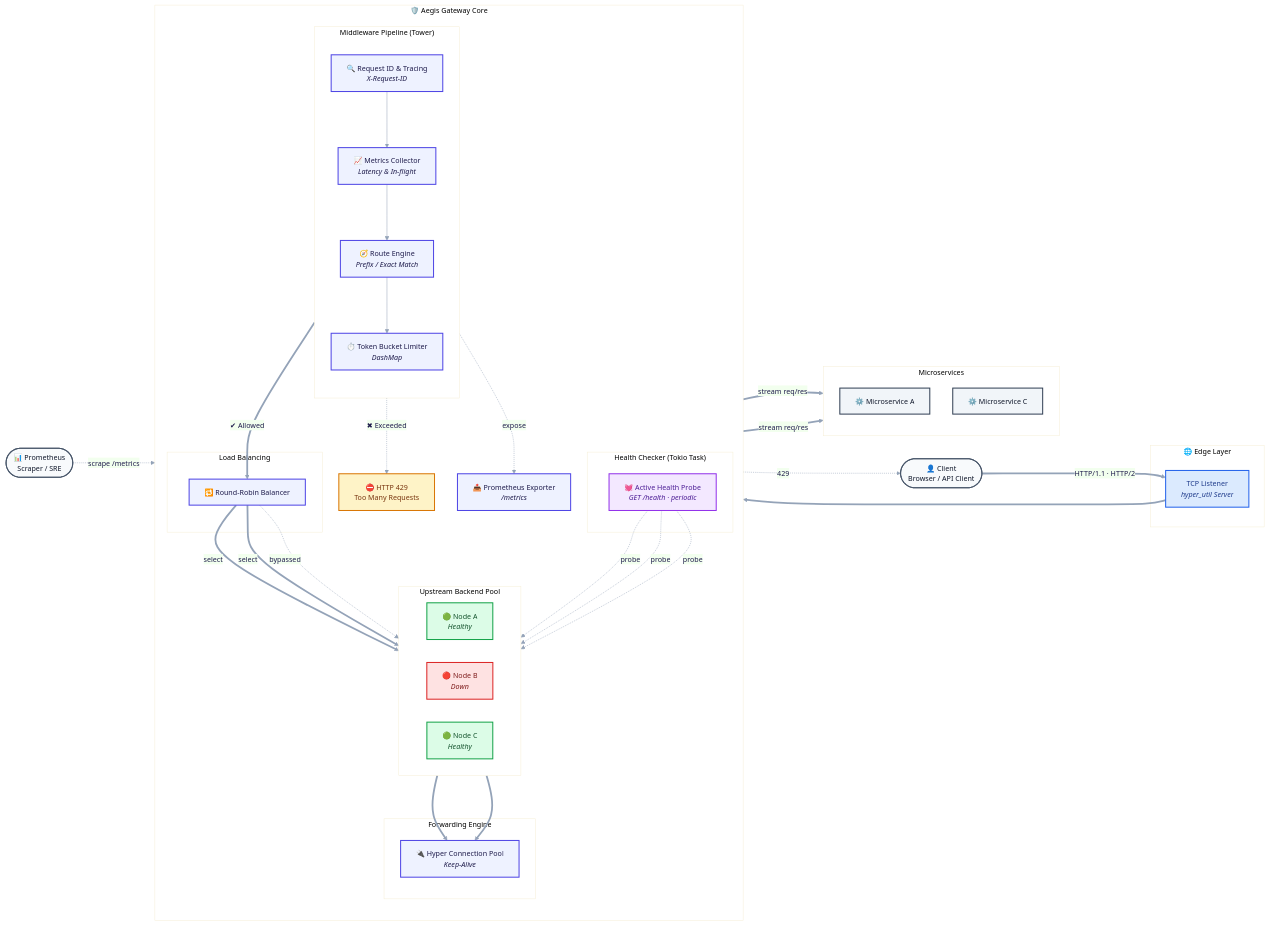
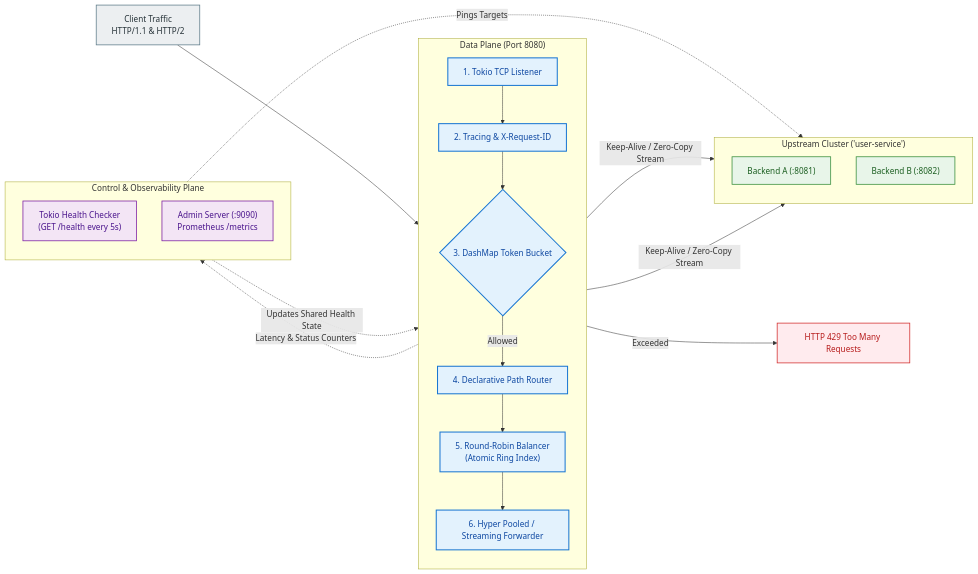
The diagram in docs/architecture.md (rishabh42tiwari/aegis-gateway), drawn with Mermaid before and after one commit. The commit also changed 1 other file, not shown here.

Commit message:
update the architecure diagram

````diff
--- a/docs/architecture.md
+++ b/docs/architecture.md
@@ -1,115 +1,57 @@
 ```mermaid
----
-config:
-  theme: base
-  themeVariables:
-    primaryColor: "#eef2ff"
-    primaryTextColor: "#1e1b4b"
-    primaryBorderColor: "#4f46e5"
-    lineColor: "#94a3b8"
-    fontSize: "14px"
-  flowchart:
-    curve: basis
-    nodeSpacing: 45
-    rankSpacing: 60
-    padding: 15
----
-flowchart LR
-    %% ===== External Actors =====
-    Client(["👤 Client<br/>Browser / API Client"])
-    Prom(["📊 Prometheus<br/>Scraper / SRE"])
+    flowchart LR
+        %% Styles
+        classDef client fill:#eceff1,stroke:#607d8b,stroke-width:1.5px,color:#263238;
+        classDef dataplane fill:#e3f2fd,stroke:#1976d2,stroke-width:2px,color:#0d47a1;
+        classDef control fill:#f3e5f5,stroke:#7b1fa2,stroke-width:1.5px,color:#4a148c;
+        classDef reject fill:#ffebee,stroke:#d32f2f,stroke-width:1.5px,color:#b71c1c;
+        classDef backend fill:#e8f5e9,stroke:#388e3c,stroke-width:1.5px,color:#1b5e20;
 
-    %% ===== Edge Layer =====
-    subgraph EDGE["🌐 Edge Layer"]
-        Listener["TCP Listener<br/><i>hyper_util Server</i>"]
-    end
+        %% Ingress
+        Client["Client Traffic<br/>HTTP/1.1 & HTTP/2"]:::client
 
-    %% ===== Gateway Core =====
-    subgraph GW["🛡️ Aegis Gateway Core"]
-        direction TB
+        %% Core Data Plane
+        subgraph DataPlane ["Data Plane (Port 8080)"]
+            direction TB
+            Listener["1. Tokio TCP Listener"]:::dataplane
+            Tracing["2. Tracing & X-Request-ID"]:::dataplane
+            RateLimiter{"3. DashMap Token Bucket"}:::dataplane
+            Router["4. Declarative Path Router"]:::dataplane
+            Balancer["5. Round-Robin Balancer<br/>(Atomic Ring Index)"]:::dataplane
+            Forwarder["6. Hyper Pooled / Streaming Forwarder"]:::dataplane
 
-        subgraph MW["Middleware Pipeline (Tower)"]
-            direction TB
-            Tracing["🔍 Request ID &amp; Tracing<br/><i>X-Request-ID</i>"]
-            Metrics["📈 Metrics Collector<br/><i>Latency &amp; In-flight</i>"]
-            Router["🧭 Route Engine<br/><i>Prefix / Exact Match</i>"]
-            RateLimiter["⏱️ Token Bucket Limiter<br/><i>DashMap</i>"]
-            Tracing --> Metrics --> Router --> RateLimiter
+            Listener --> Tracing
+            Tracing --> RateLimiter
+            RateLimiter -->|"Allowed"| Router
+            Router --> Balancer
+            Balancer --> Forwarder
         end
 
-        Reject["⛔ HTTP 429<br/>Too Many Requests"]
+        %% Rejection Path
+        Drop["HTTP 429 Too Many Requests"]:::reject
+        RateLimiter -->|"Exceeded"| Drop
 
-        subgraph LB["Load Balancing"]
-            Balancer["🔁 Round-Robin Balancer"]
+        %% Upstreams
+        subgraph UpstreamCluster ["Upstream Cluster ('user-service')"]
+            direction TB
+            NodeA["Backend A (:8081)"]:::backend
+            NodeB["Backend B (:8082)"]:::backend
         end
 
-        subgraph POOL["Upstream Backend Pool"]
-            direction LR
-            NodeA["🟢 Node A<br/><i>Healthy</i>"]
-            NodeB["🔴 Node B<br/><i>Down</i>"]
-            NodeC["🟢 Node C<br/><i>Healthy</i>"]
+        %% Control & Observability Plane
+        subgraph ControlPlane ["Control & Observability Plane"]
+            direction TB
+            HC["Tokio Health Checker<br/>(GET /health every 5s)"]:::control
+            Prometheus["Admin Server (:9090)<br/>Prometheus /metrics"]:::control
         end
 
-        subgraph HC["Health Checker (Tokio Task)"]
-            Prober["💓 Active Health Probe<br/><i>GET /health · periodic</i>"]
-        end
+        %% Connections
+        Client --> Listener
+        Forwarder -->|"Keep-Alive / Zero-Copy Stream"| NodeA
+        Forwarder -->|"Keep-Alive / Zero-Copy Stream"| NodeB
 
-        subgraph FWD["Forwarding Engine"]
-            Pool["🔌 Hyper Connection Pool<br/><i>Keep-Alive</i>"]
-        end
-
-        MetricsEndpoint["📤 Prometheus Exporter<br/><i>/metrics</i>"]
-    end
-
-    %% ===== Backends =====
-    subgraph SVC["Microservices"]
-        direction TB
-        SvcA["⚙️ Microservice A"]
-        SvcC["⚙️ Microservice C"]
-    end
-
-    %% ===== Primary Request Path =====
-    Client ==>|"HTTP/1.1 · HTTP/2"| Listener
-    Listener ==> Tracing
-    RateLimiter ==>|"✔ Allowed"| Balancer
-    RateLimiter -.->|"✖ Exceeded"| Reject
-    Reject -.->|"429"| Client
-
-    Balancer ==>|"select"| NodeA
-    Balancer ==>|"select"| NodeC
-    Balancer -.->|"bypassed"| NodeB
-
-    NodeA ==> Pool
-    NodeC ==> Pool
-
-    Pool ==>|"stream req/res"| SvcA
-    Pool ==>|"stream req/res"| SvcC
-
-    %% ===== Health Checks =====
-    Prober -.->|"probe"| NodeA
-    Prober -.->|"probe"| NodeB
-    Prober -.->|"probe"| NodeC
-
-    %% ===== Observability =====
-    Metrics -.->|"expose"| MetricsEndpoint
-    Prom -.->|"scrape /metrics"| MetricsEndpoint
-
-    %% ===== Styling =====
-    classDef external fill:#f8fafc,stroke:#475569,stroke-width:2px,color:#0f172a
-    classDef edge fill:#dbeafe,stroke:#2563eb,stroke-width:2px,color:#1e3a8a
-    classDef gateway fill:#eef2ff,stroke:#4f46e5,stroke-width:2px,color:#1e1b4b
-    classDef healthy fill:#dcfce7,stroke:#16a34a,stroke-width:2px,color:#14532d
-    classDef unhealthy fill:#fee2e2,stroke:#dc2626,stroke-width:2px,color:#7f1d1d
-    classDef reject fill:#fef3c7,stroke:#d97706,stroke-width:2px,color:#78350f
-    classDef svc fill:#f1f5f9,stroke:#334155,stroke-width:2px,color:#0f172a
-    classDef obs fill:#f3e8ff,stroke:#9333ea,stroke-width:2px,color:#4c1d95
-
-    class Client,Prom external
-    class Listener edge
-    class Tracing,Metrics,Router,RateLimiter,Balancer,Pool,MetricsEndpoint gateway
-    class NodeA,NodeC healthy
-    class NodeB unhealthy
-    class Reject reject
-    class SvcA,SvcC svc
-    class Prober obs
+        %% Cross-cutting relationships
+        HC -.->|"Pings Targets"| UpstreamCluster
+        HC -.->|"Updates Shared Health State"| Balancer
+        DataPlane -.->|"Latency & Status Counters"| Prometheus
 ```
````
